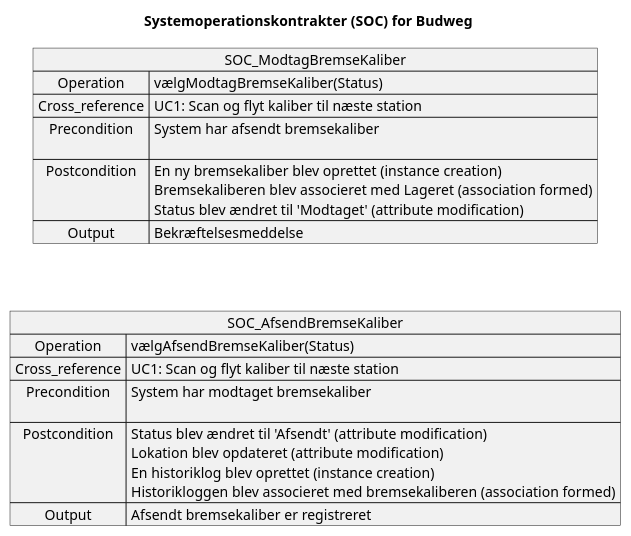
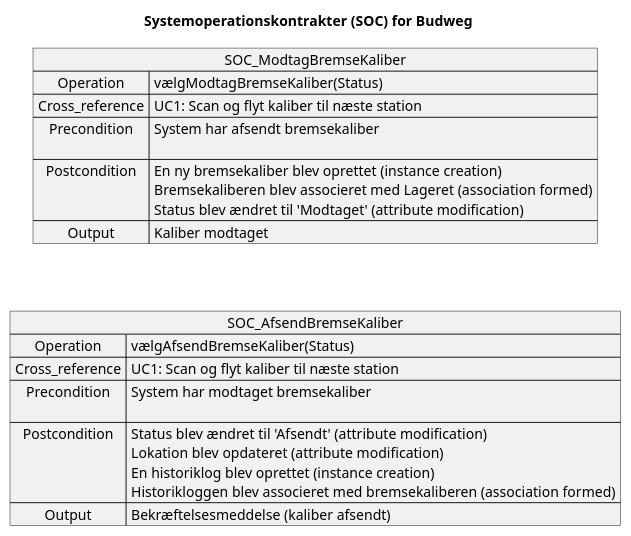
The diagram in Adfærdsartefakter/Systemoperationskontrakt(SOC).plantuml (senan2315/Team-5A-Budweg), drawn with PlantUML before and after one commit.

Commit message:
SOC opdateret 1

```diff
--- a/Adfærdsartefakter/Systemoperationskontrakt(SOC).plantuml
+++ b/Adfærdsartefakter/Systemoperationskontrakt(SOC).plantuml
@@ -1,25 +1,25 @@
 @startuml SOC Budweg
 skinparam handwritten false
 skinparam defaultFontName Arial
 
 title Systemoperationskontrakter (SOC) for Budweg
 
 map SOC_ModtagBremseKaliber {
     Operation => vælgModtagBremseKaliber(Status)
     Cross_reference => UC1: Scan og flyt kaliber til næste station
     Precondition => System har afsendt bremsekaliber\n
     Postcondition => En ny bremsekaliber blev oprettet (instance creation)\nBremsekaliberen blev associeret med Lageret (association formed)\nStatus blev ændret til 'Modtaget' (attribute modification)
-    Output => Bekræftelsesmeddelse
+    Output => Kaliber modtaget
 }
 
 map SOC_AfsendBremseKaliber {
     Operation => vælgAfsendBremseKaliber(Status)
     Cross_reference => UC1: Scan og flyt kaliber til næste station
     Precondition => System har modtaget bremsekaliber\n
     Postcondition => Status blev ændret til 'Afsendt' (attribute modification)\nLokation blev opdateret (attribute modification)\nEn historiklog blev oprettet (instance creation)\nHistorikloggen blev associeret med bremsekaliberen (association formed)
-    Output => Afsendt bremsekaliber er registreret
+    Output => Bekræftelsesmeddelse (kaliber afsendt)
 }
 
 SOC_ModtagBremseKaliber -[hidden]down-> SOC_AfsendBremseKaliber
 
 @enduml
```
